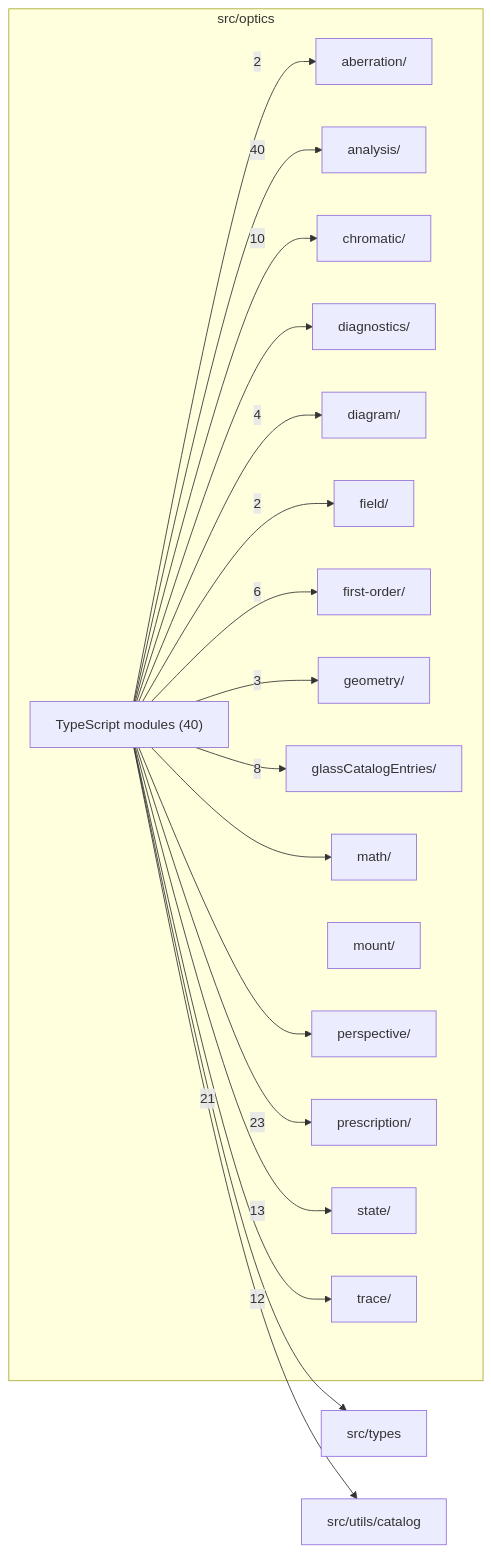
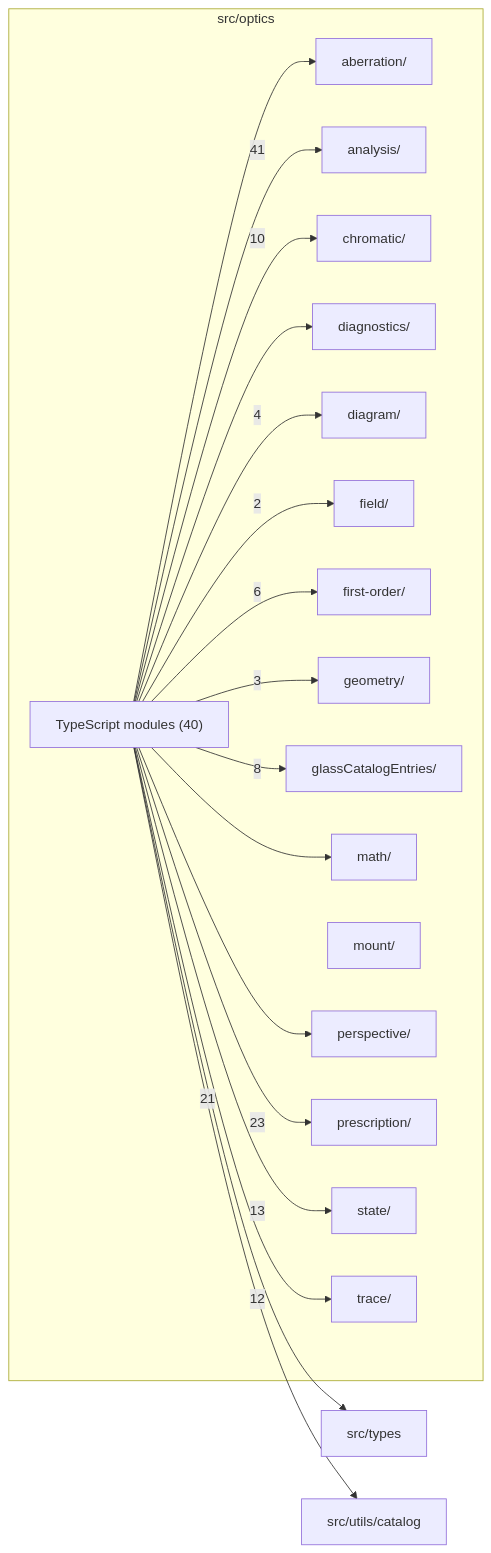
Before and after one commit to ronbuening/LensVisualizer: the diagram in src/optics/readme.md, drawn with Mermaid. The commit also changed other lines of this file and 30 other files, not shown here.

````diff
--- a/src/optics/readme.md
+++ b/src/optics/readme.md
@@ -9,39 +9,39 @@
 ```mermaid
 flowchart LR
   subgraph n_src_optics["src/optics"]
     n_src_optics_src_optics_aberration["aberration/"]
     n_src_optics_src_optics_analysis["analysis/"]
     n_src_optics_src_optics_chromatic["chromatic/"]
     n_src_optics_src_optics_diagnostics["diagnostics/"]
     n_src_optics_src_optics_diagram["diagram/"]
     n_src_optics_src_optics_field["field/"]
     n_src_optics_src_optics_first_order["first-order/"]
     n_src_optics_src_optics_geometry["geometry/"]
     n_src_optics_src_optics_glassCatalogEntries["glassCatalogEntries/"]
     n_src_optics_src_optics_math["math/"]
     n_src_optics_src_optics_mount["mount/"]
     n_src_optics_src_optics_perspective["perspective/"]
     n_src_optics_src_optics_prescription["prescription/"]
     n_src_optics_src_optics_state["state/"]
     n_src_optics_src_optics_trace["trace/"]
     n_src_optics_TypeScript_modules["TypeScript modules (40)"]
   end
   n_external_src_types["src/types"]
   n_external_src_utils_catalog["src/utils/catalog"]
-  n_src_optics_TypeScript_modules --> |40| n_src_optics_src_optics_analysis
+  n_src_optics_TypeScript_modules --> |41| n_src_optics_src_optics_analysis
   n_src_optics_TypeScript_modules --> |23| n_src_optics_src_optics_prescription
   n_src_optics_TypeScript_modules --> |21| n_external_src_types
   n_src_optics_TypeScript_modules --> |13| n_src_optics_src_optics_state
   n_src_optics_TypeScript_modules --> |12| n_src_optics_src_optics_trace
   n_src_optics_TypeScript_modules --> |10| n_src_optics_src_optics_chromatic
   n_src_optics_TypeScript_modules --> |8| n_src_optics_src_optics_glassCatalogEntries
   n_src_optics_TypeScript_modules --> |6| n_src_optics_src_optics_first_order
   n_src_optics_TypeScript_modules --> |4| n_src_optics_src_optics_diagram
   n_src_optics_TypeScript_modules --> |3| n_src_optics_src_optics_geometry
-  n_src_optics_TypeScript_modules --> |2| n_src_optics_src_optics_aberration
   n_src_optics_TypeScript_modules --> |2| n_src_optics_src_optics_field
   n_src_optics_TypeScript_modules --> n_external_src_utils_catalog
+  n_src_optics_TypeScript_modules --> n_src_optics_src_optics_aberration
   n_src_optics_TypeScript_modules --> n_src_optics_src_optics_diagnostics
   n_src_optics_TypeScript_modules --> n_src_optics_src_optics_math
   n_src_optics_TypeScript_modules --> n_src_optics_src_optics_perspective
 ```
````
